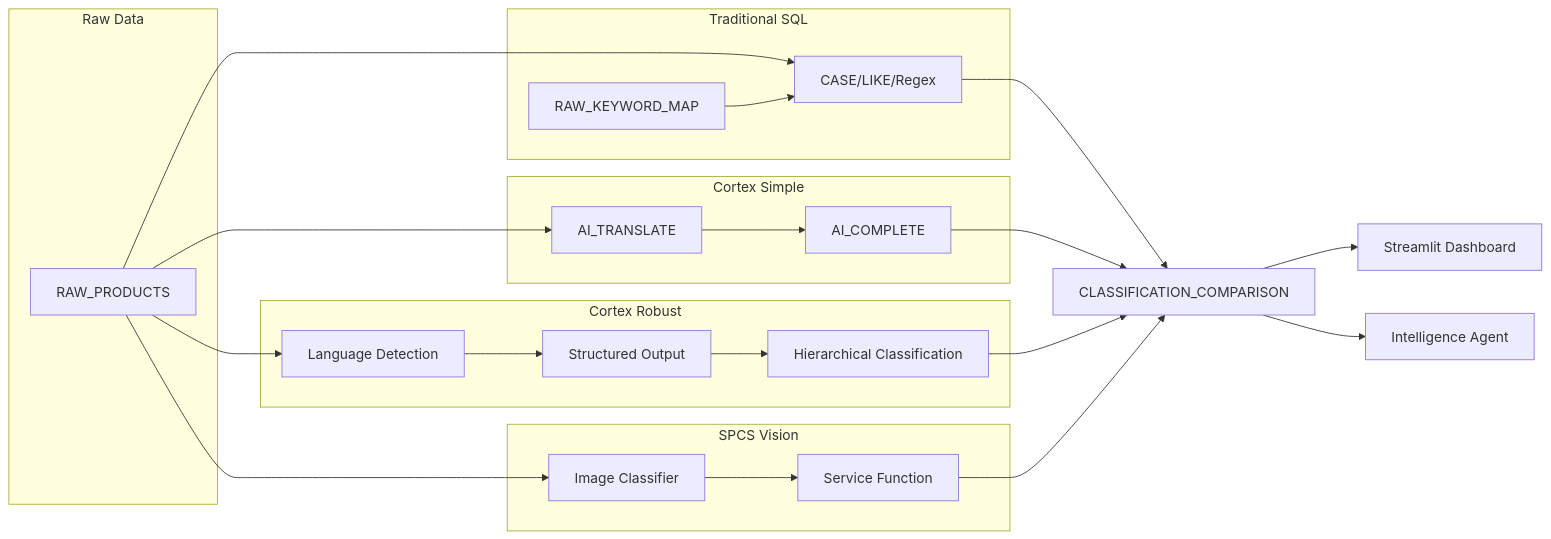
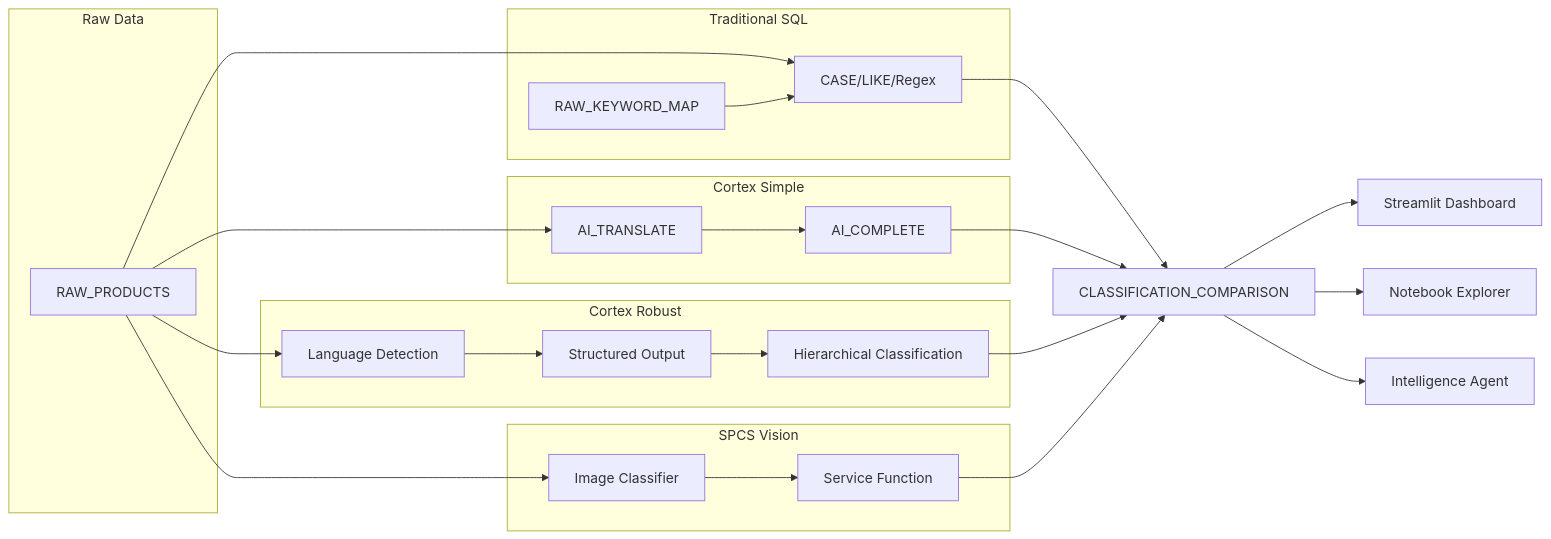
One commit to sfc-gh-miwhitaker/glaze-and-classify changed the diagram in README.md. Above: the diagram before and after it, drawn with Mermaid. The commit also changed other lines of this file and 6 other files, not shown here.

````diff
--- a/README.md
+++ b/README.md
@@ -140,41 +140,42 @@
 ```mermaid
 flowchart LR
     subgraph data [Raw Data]
         Products[RAW_PRODUCTS]
     end
 
     subgraph traditional [Traditional SQL]
         Keywords[RAW_KEYWORD_MAP]
         CaseLogic[CASE/LIKE/Regex]
     end
 
     subgraph cortexSimple [Cortex Simple]
         Translate[AI_TRANSLATE]
         Complete1[AI_COMPLETE]
     end
 
     subgraph cortexRobust [Cortex Robust]
         LangDetect[Language Detection]
         StructOut[Structured Output]
         Hierarchy[Hierarchical Classification]
     end
 
     subgraph spcsVision [SPCS Vision]
         Container[Image Classifier]
         ServiceFn[Service Function]
     end
 
     Products --> CaseLogic
     Keywords --> CaseLogic
     Products --> Translate --> Complete1
     Products --> LangDetect --> StructOut --> Hierarchy
     Products --> Container --> ServiceFn
 
     CaseLogic --> Compare[CLASSIFICATION_COMPARISON]
     Complete1 --> Compare
     Hierarchy --> Compare
     ServiceFn --> Compare
 
     Compare --> Dashboard[Streamlit Dashboard]
+    Compare --> Notebook[Notebook Explorer]
     Compare --> Agent[Intelligence Agent]
 ```
````
